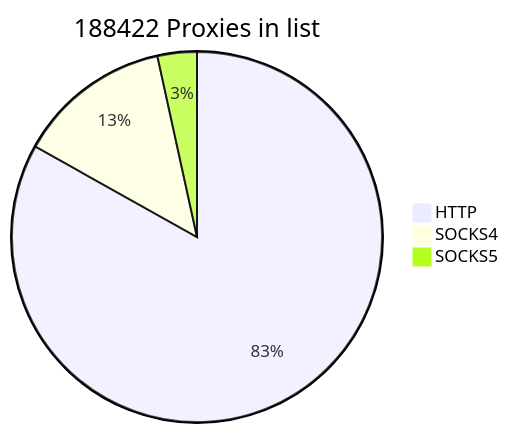
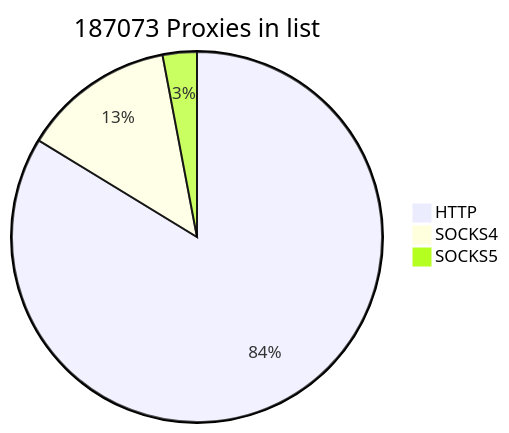
The first of 2 diagrams in README.md (cutipu/proxylist), drawn with Mermaid before and after one commit. The commit also changed other lines of this file, not shown here.

````diff
--- a/README.md
+++ b/README.md
@@ -2,7 +2,7 @@
 ```mermaid
-pie title 188422 Proxies in list
+pie title 187073 Proxies in list
     "HTTP" : 156609
-    "SOCKS4" : 25343
-    "SOCKS5" : 6470
+    "SOCKS4" : 24883
+    "SOCKS5" : 5581
             
 ```
````
